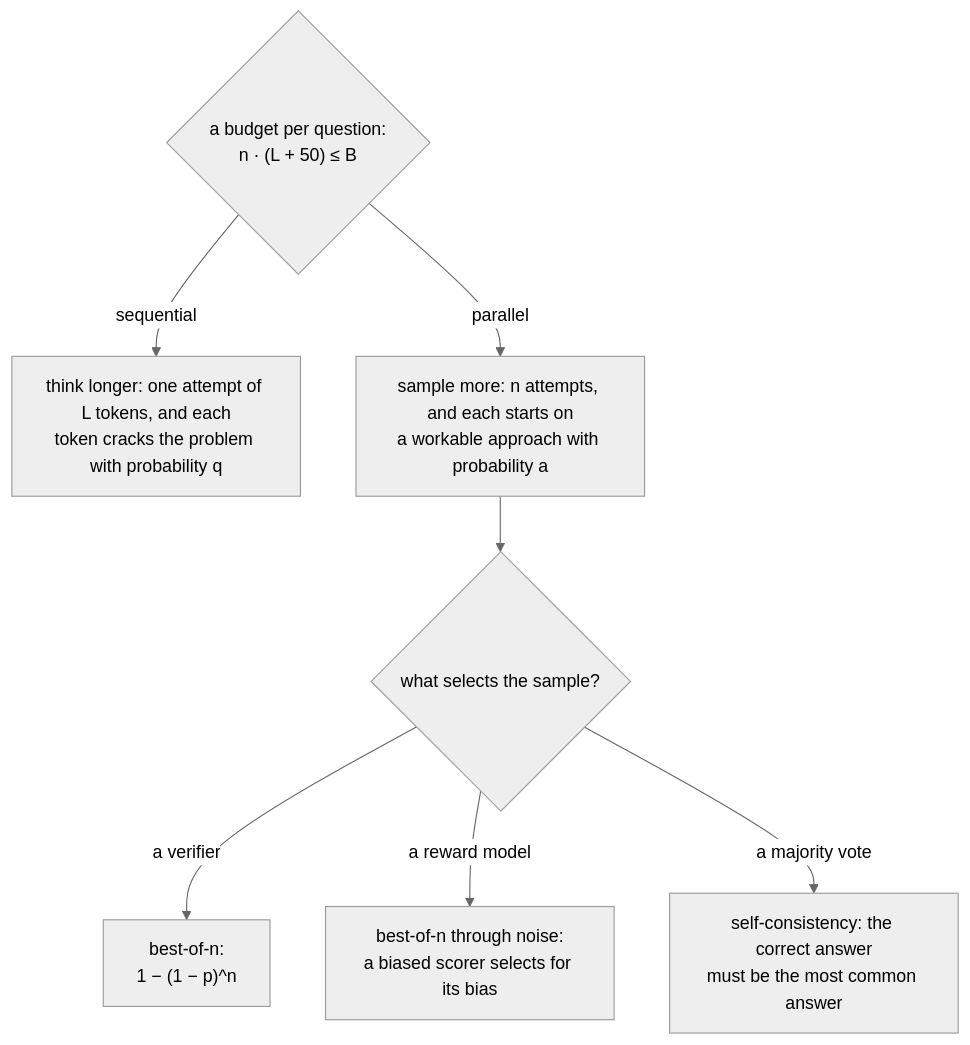
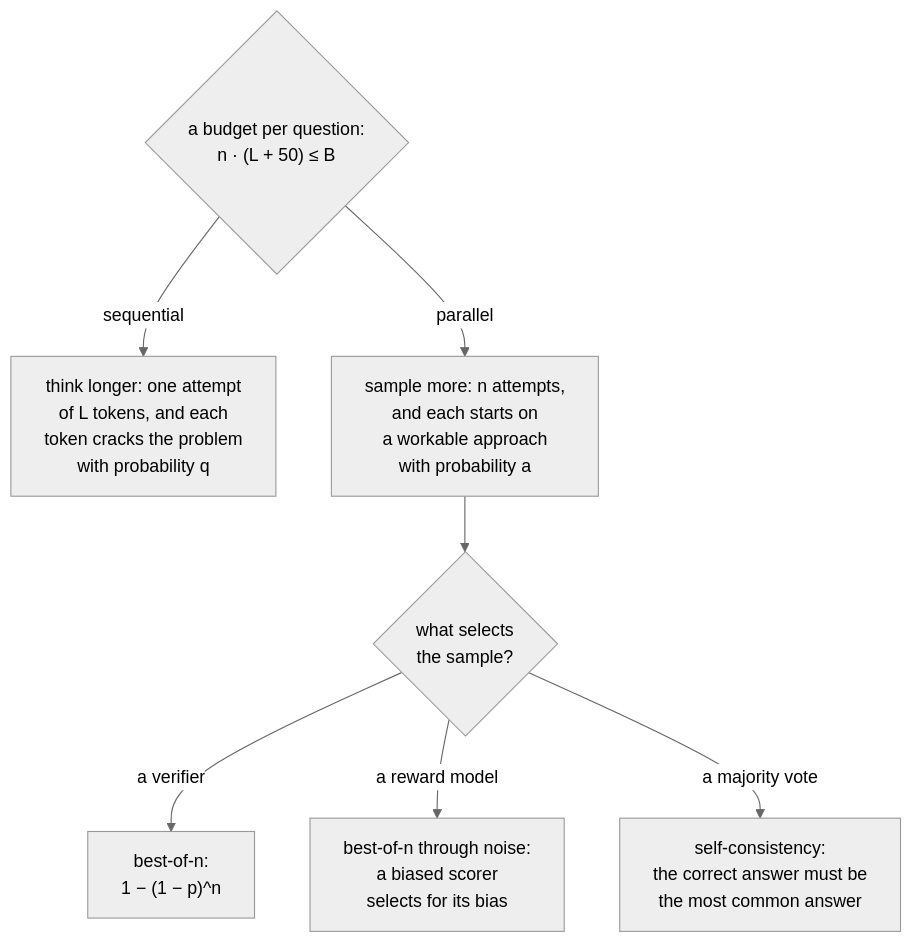
The third of 3 diagrams in 00-foundations/rl-and-thinking-models/PRIMER.md (aniryou/full-stack-agentic-engineer), drawn with Mermaid (neutral theme) before and after one commit. The commit also changed other lines of this file and 39 other files, not shown here.

````diff
--- a/00-foundations/rl-and-thinking-models/PRIMER.md
+++ b/00-foundations/rl-and-thinking-models/PRIMER.md
@@ -661,10 +663,10 @@
 ```mermaid
 flowchart TB
   B{"a budget per question:<br/>n · (L + 50) ≤ B"}
-  B -->|"sequential"| L["think longer: one attempt of L tokens, and each<br/>token cracks the problem with probability q"]
-  B -->|"parallel"| N["sample more: n attempts, and each starts on<br/>a workable approach with probability a"]
-  N --> PK{"what selects the sample?"}
+  B -->|"sequential"| L["think longer: one attempt<br/>of L tokens, and each<br/>token cracks the problem<br/>with probability q"]
+  B -->|"parallel"| N["sample more: n attempts,<br/>and each starts on<br/>a workable approach<br/>with probability a"]
+  N --> PK{"what selects<br/>the sample?"}
   PK -->|"a verifier"| V["best-of-n:<br/>1 − (1 − p)^n"]
-  PK -->|"a reward model"| RM["best-of-n through noise:<br/>a biased scorer selects for its bias"]
-  PK -->|"a majority vote"| MV["self-consistency: the correct answer<br/>must be the most common answer"]
+  PK -->|"a reward model"| RM["best-of-n through noise:<br/>a biased scorer<br/>selects for its bias"]
+  PK -->|"a majority vote"| MV["self-consistency:<br/>the correct answer must be<br/>the most common answer"]
 ```
````
